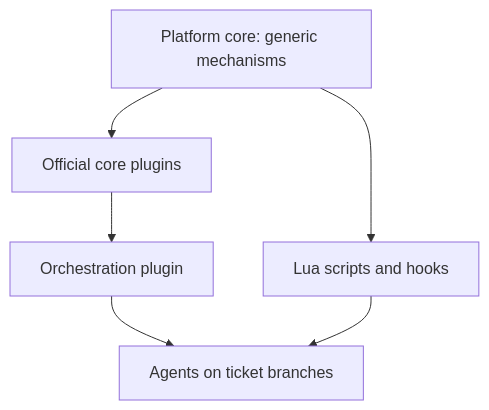
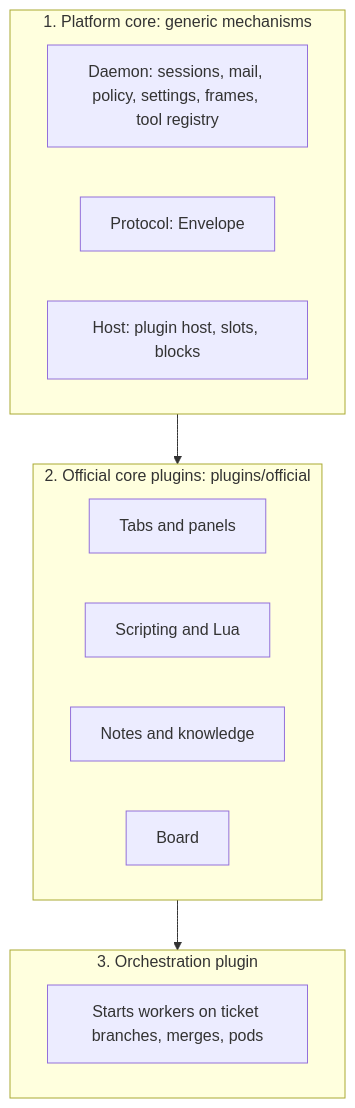
One commit to SuperiorSoft-LLC/infantry-ai changed the first of 6 diagrams in docs/wiki/Architecture.md. Above: the diagram before and after it, drawn with Mermaid. The commit also changed other lines of this file and 15 other files, not shown here.

Commit message:
DOCS-4: AGENTS.md, llms.txt, architecture map, seven how-to recipes, docs-freshness guard test

````diff
--- a/docs/wiki/Architecture.md
+++ b/docs/wiki/Architecture.md
@@ -5,8 +8,18 @@
 ```mermaid
 flowchart TD
-    A[Platform core: generic mechanisms] --> B[Official core plugins]
-    B --> C[Orchestration plugin]
-    C --> D[Agents on ticket branches]
-    A --> E[Lua scripts and hooks]
-    E --> D
+    subgraph L1[1. Platform core: generic mechanisms]
+        D[Daemon: sessions, mail, policy, settings, frames, tool registry]
+        P[Protocol: Envelope]
+        H[Host: plugin host, slots, blocks]
+    end
+    subgraph L2[2. Official core plugins: plugins/official]
+        T[Tabs and panels]
+        S[Scripting and Lua]
+        K[Notes and knowledge]
+        B[Board]
+    end
+    subgraph L3[3. Orchestration plugin]
+        O[Starts workers on ticket branches, merges, pods]
+    end
+    L1 --> L2 --> L3
 ```
````
